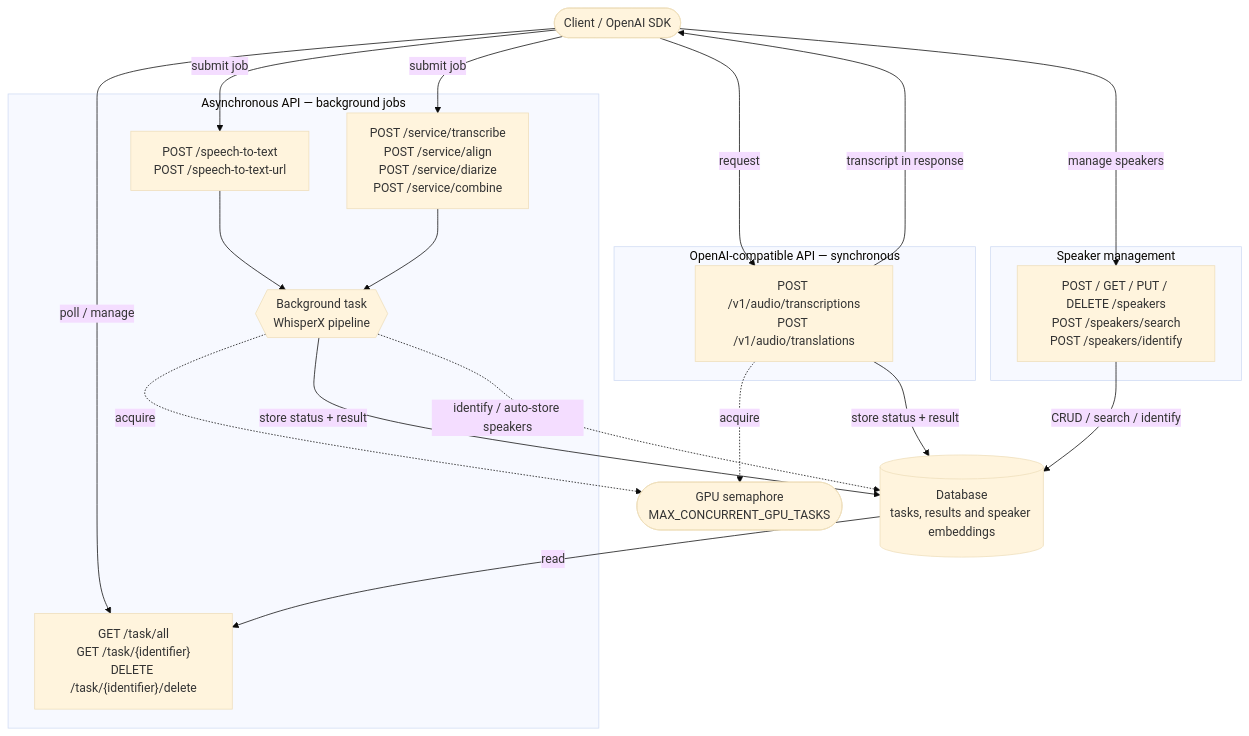
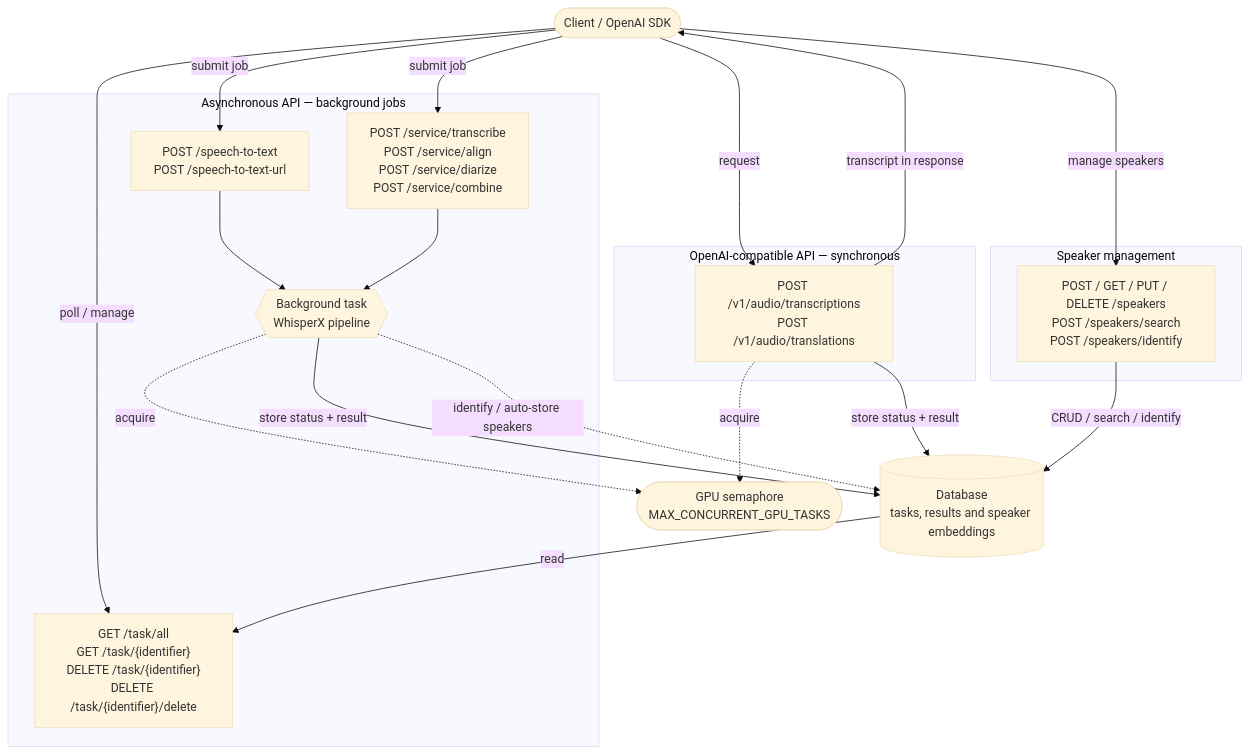
The diagram in README.md (utya/whisperX-FastAPI), drawn with Mermaid (base theme) before and after one commit. The commit also changed other lines of this file and 31 other files, not shown here.

````diff
--- a/README.md
+++ b/README.md
@@ -114,41 +114,41 @@
 ```mermaid
 flowchart TD
     Client(["Client / OpenAI SDK"])
 
     subgraph AsyncAPI ["Asynchronous API — background jobs"]
         STT["POST /speech-to-text<br/>POST /speech-to-text-url"]
         SVC["POST /service/transcribe<br/>POST /service/align<br/>POST /service/diarize<br/>POST /service/combine"]
         BG{{"Background task<br/>WhisperX pipeline"}}
-        TASK["GET /task/all<br/>GET /task/{identifier}<br/>DELETE /task/{identifier}/delete"]
+        TASK["GET /task/all<br/>GET /task/{identifier}<br/>DELETE /task/{identifier}<br/>DELETE /task/{identifier}/delete"]
     end
 
     subgraph SyncAPI ["OpenAI-compatible API — synchronous"]
         OAI["POST /v1/audio/transcriptions<br/>POST /v1/audio/translations"]
     end
 
     subgraph SpeakerAPI ["Speaker management"]
         SPK["POST / GET / PUT / DELETE /speakers<br/>POST /speakers/search<br/>POST /speakers/identify"]
     end
 
     SEM(["GPU semaphore<br/>MAX_CONCURRENT_GPU_TASKS"])
     DB[("Database<br/>tasks, results and speaker embeddings")]
 
     Client -->|submit job| STT
     Client -->|submit job| SVC
     Client -->|poll / manage| TASK
     Client -->|request| OAI
     Client -->|manage speakers| SPK
 
     STT --> BG
     SVC --> BG
     BG -->|store status + result| DB
     OAI -->|store status + result| DB
     DB -->|read| TASK
 
     SPK -->|CRUD / search / identify| DB
     BG -. identify / auto-store speakers .-> DB
 
     BG -. acquire .-> SEM
     OAI -. acquire .-> SEM
     OAI -->|transcript in response| Client
 ```
````
